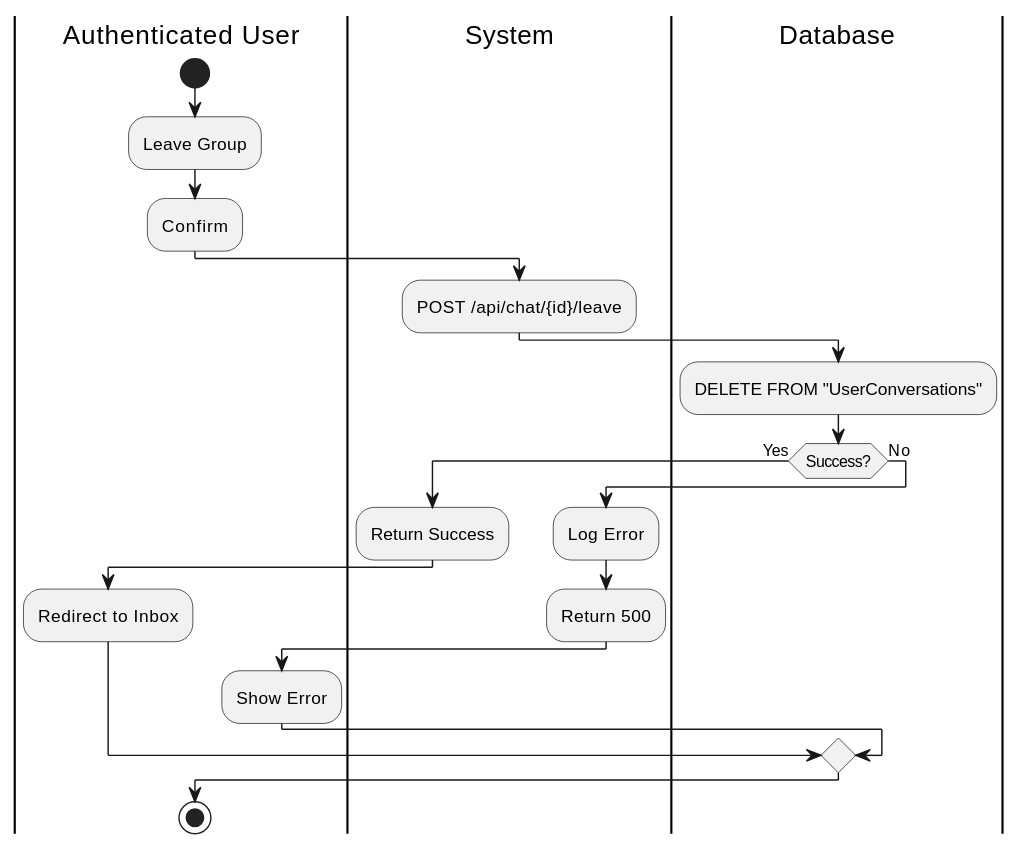
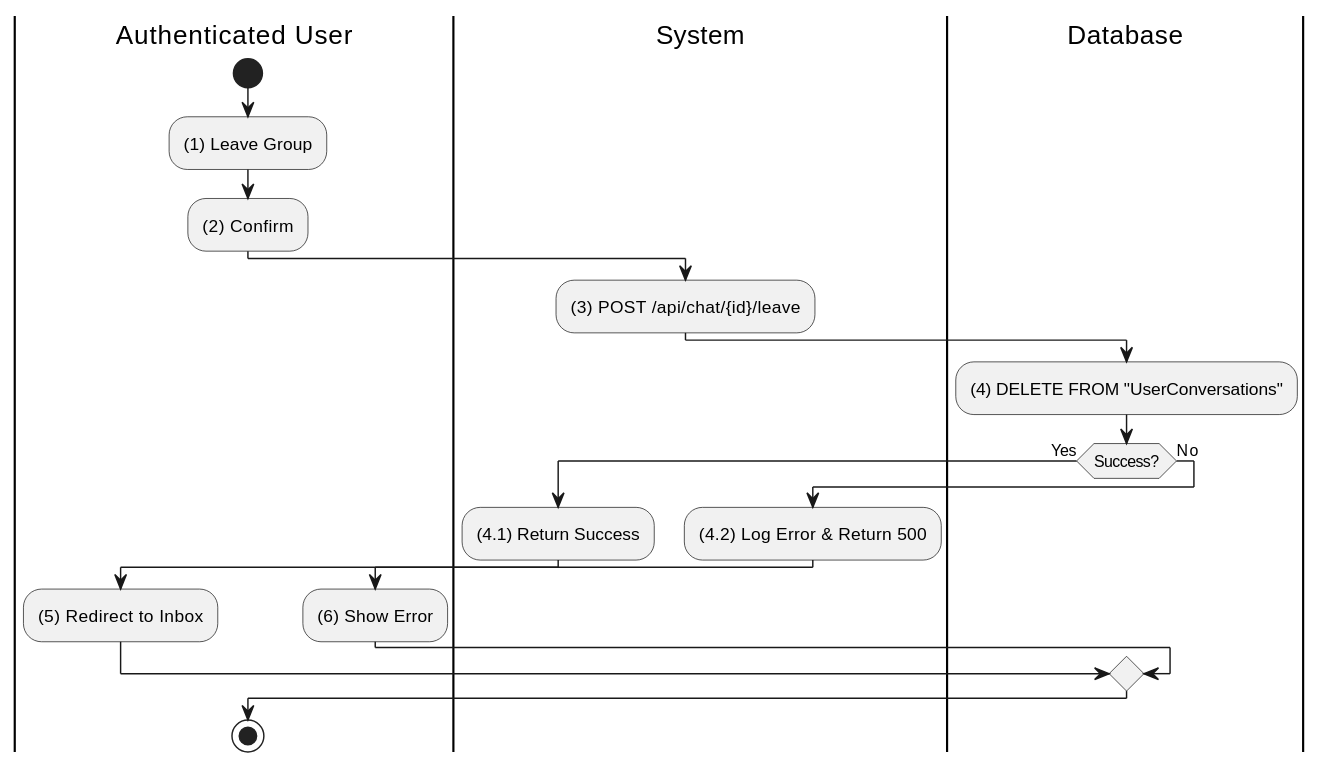
Diagram 15 of 16 in UC_2.1.7_Chat.md (I-Love-U-3000/Favi-BE), drawn with PlantUML before and after one commit. The commit also changed other lines of this file and 36 other files, not shown here.

````diff
--- a/UC_2.1.7_Chat.md
+++ b/UC_2.1.7_Chat.md
@@ -611,25 +625,24 @@
 ```plantuml
 @startuml
 |Authenticated User|
 start
-:Leave Group;
-:Confirm;
+:(1) Leave Group;
+:(2) Confirm;
 |System|
-:POST /api/chat/{id}/leave;
+:(3) POST /api/chat/{id}/leave;
 |Database|
-:DELETE FROM "UserConversations";
+:(4) DELETE FROM "UserConversations";
 if (Success?) then (Yes)
     |System|
-    :Return Success;
+    :(4.1) Return Success;
     |Authenticated User|
-    :Redirect to Inbox;
+    :(5) Redirect to Inbox;
 else (No)
     |System|
-    :Log Error;
-    :Return 500;
+    :(4.2) Log Error & Return 500;
     |Authenticated User|
-    :Show Error;
+    :(6) Show Error;
 endif
 stop
 @enduml
 ```
````
